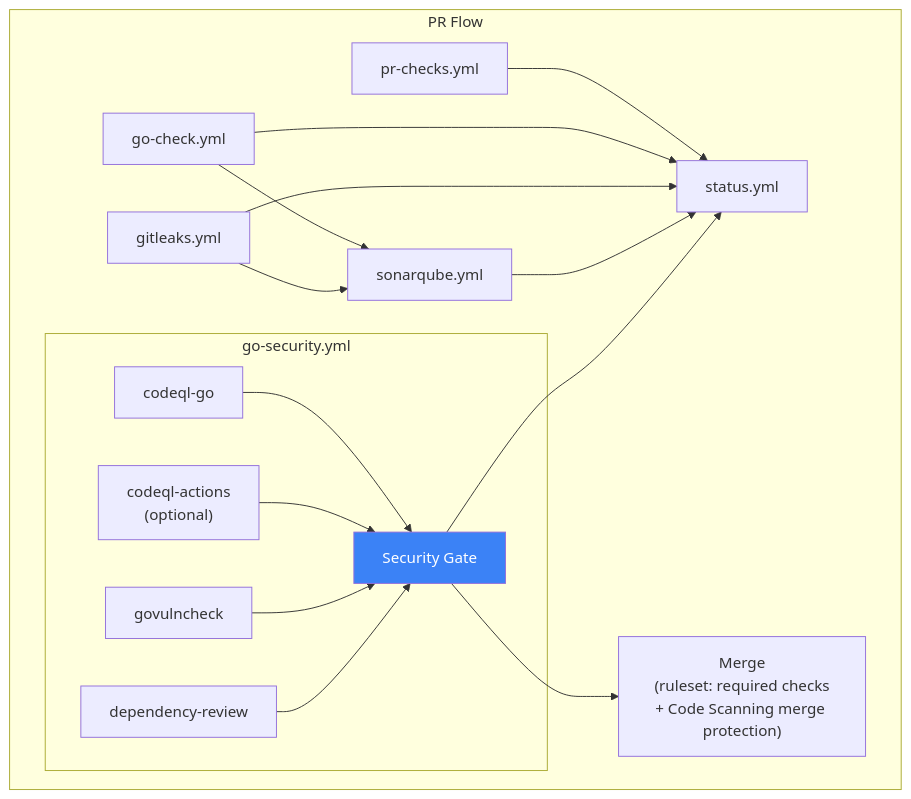
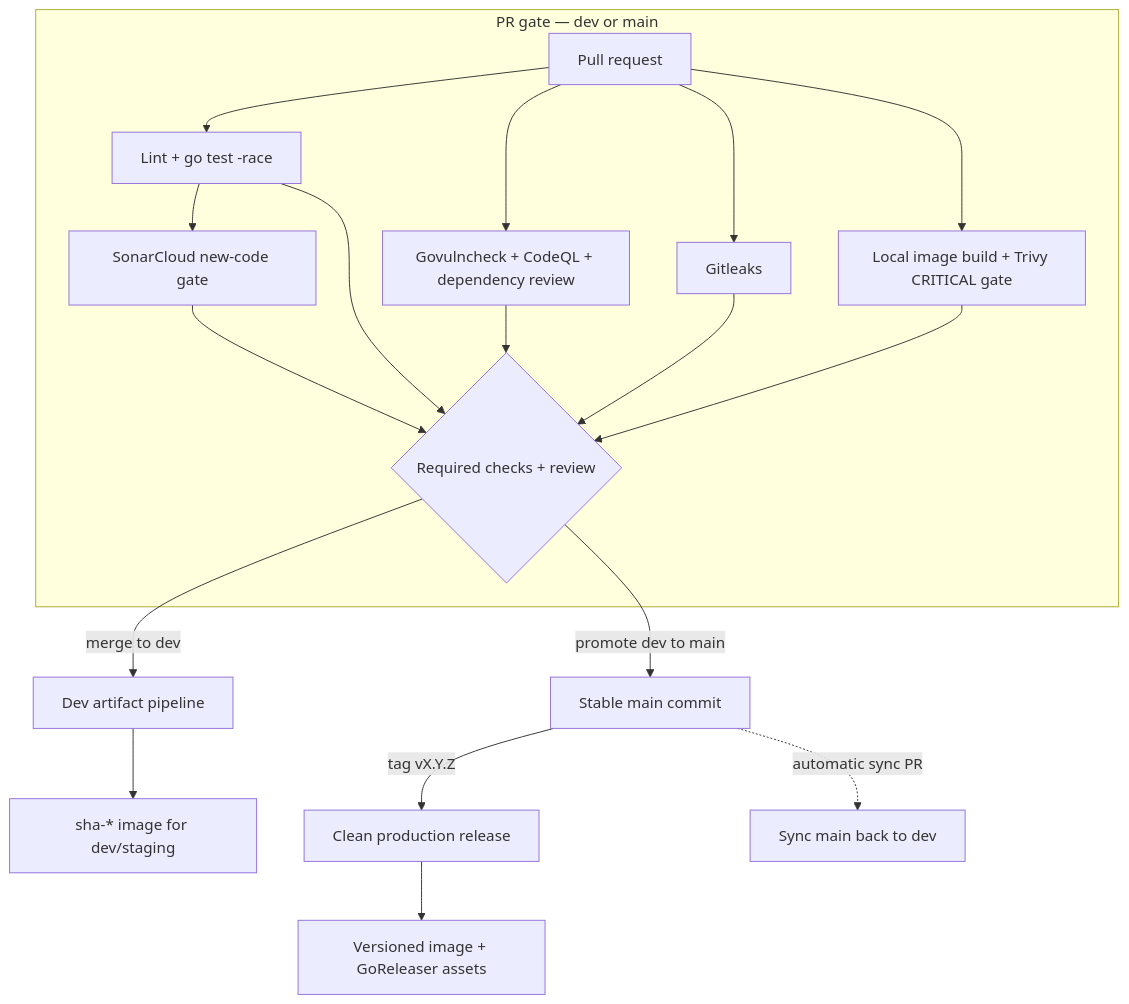
One commit to duyhenryer/shared-workflows changed the first of 2 diagrams in docs/architecture.md. Above: the diagram before and after it, drawn with Mermaid. The commit also changed other lines of this file and 25 other files, not shown here.

````diff
--- a/docs/architecture.md
+++ b/docs/architecture.md
@@ -87,34 +8,18 @@
 ```mermaid
 flowchart TD
-    subgraph pr_flow ["PR Flow"]
-        PR["pr-checks.yml"]
-        GOCHECK["go-check.yml"]
-        GITLEAKS["gitleaks.yml"]
-        SONAR["sonarqube.yml"]
-        NOTIFY["status.yml"]
+  subgraph PR["PR gate — dev or main"]
+    OPEN["Pull request"] --> TEST["Lint + go test -race"]
+    OPEN --> SECURITY["Govulncheck + CodeQL + dependency review"]
+    OPEN --> LEAKS["Gitleaks"]
+    OPEN --> LOCAL["Local image build + Trivy CRITICAL gate"]
+    TEST --> SONAR["SonarCloud new-code gate"]
+    TEST & SECURITY & LEAKS & LOCAL & SONAR --> MERGE{"Required checks + review"}
+  end
 
-        subgraph sec ["go-security.yml"]
-            CQGO["codeql-go"]
-            CQACT["codeql-actions<br/>(optional)"]
-            GOVULN["govulncheck"]
-            DEPREV["dependency-review"]
-            GATE["Security Gate"]
-
-            CQGO --> GATE
-            CQACT --> GATE
-            GOVULN --> GATE
-            DEPREV --> GATE
-        end
-
-        GOCHECK --> SONAR
-        GITLEAKS --> SONAR
-        PR --> NOTIFY
-        GOCHECK --> NOTIFY
-        GITLEAKS --> NOTIFY
-        SONAR --> NOTIFY
-        GATE --> NOTIFY
-        GATE --> MERGE["Merge<br/>(ruleset: required checks<br/>+ Code Scanning merge protection)"]
-    end
-
-    style GATE fill:#3b82f6,color:#fff
+  MERGE -->|merge to dev| DEV["Dev artifact pipeline"]
+  DEV --> SHA["sha-* image for dev/staging"]
+  MERGE -->|promote dev to main| MAIN["Stable main commit"]
+  MAIN -->|tag vX.Y.Z| RELEASE["Clean production release"]
+  RELEASE --> VERSION["Versioned image + GoReleaser assets"]
+  MAIN -.->|automatic sync PR| BACKSYNC["Sync main back to dev"]
 ```
````
